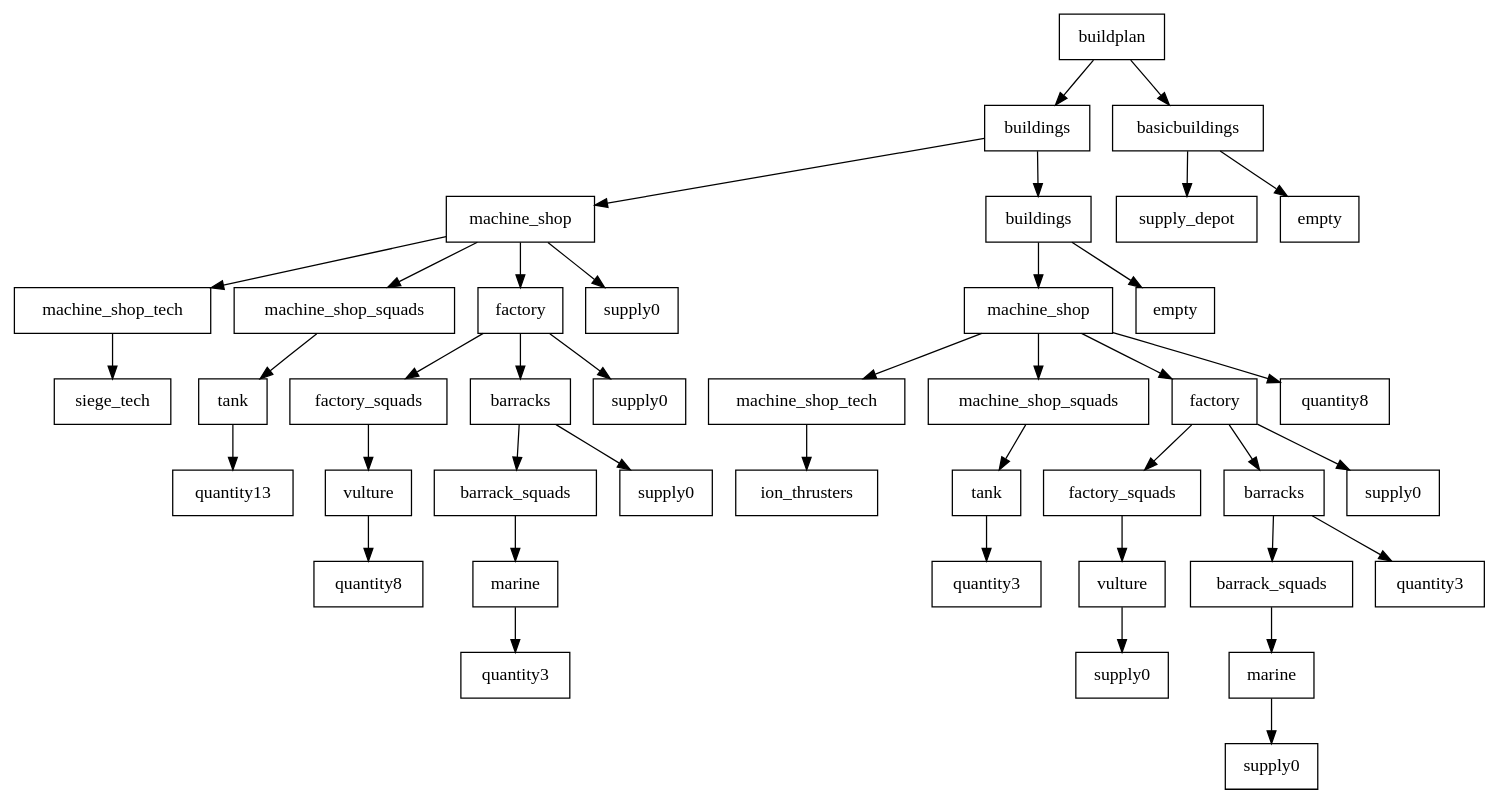
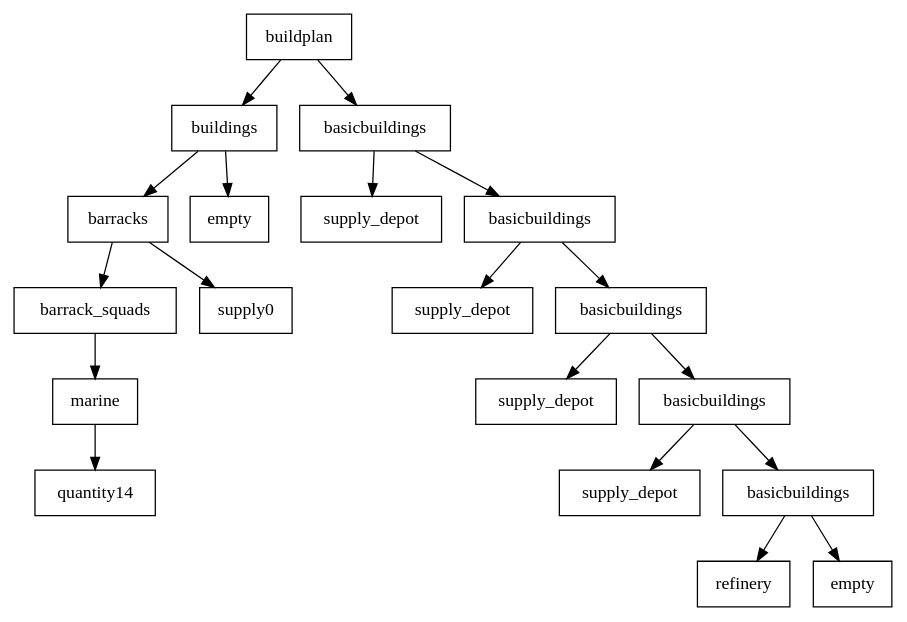
One commit to cryogenic-dreams/StarCraft-GPBot changed the diagram in GPBot/file.dot. Above: the diagram before and after it, drawn with Graphviz. The commit also changed 7 other files, not shown here.

```diff
--- a/GPBot/file.dot
+++ b/GPBot/file.dot
@@ -1,85 +1,41 @@
 digraph g {
 graph [ordering=out];
 node [shape=rectangle];
 n[label = "buildplan"];
 n0[label = "buildings"];
-n00[label = "machine_shop"];
-n000[label = "machine_shop_tech"];
-n0000[label = "siege_tech"];
+n00[label = "barracks"];
+n000[label = "barrack_squads"];
+n0000[label = "marine"];
+n00000[label = "quantity14"];
+n0000 -> n00000;
 n000 -> n0000;
 n00 -> n000;
-n001[label = "machine_shop_squads"];
-n0010[label = "tank"];
-n00100[label = "quantity13"];
-n0010 -> n00100;
-n001 -> n0010;
+n001[label = "supply0"];
 n00 -> n001;
-n002[label = "factory"];
-n0020[label = "factory_squads"];
-n00200[label = "vulture"];
-n002000[label = "quantity8"];
-n00200 -> n002000;
-n0020 -> n00200;
-n002 -> n0020;
-n0021[label = "barracks"];
-n00210[label = "barrack_squads"];
-n002100[label = "marine"];
-n0021000[label = "quantity3"];
-n002100 -> n0021000;
-n00210 -> n002100;
-n0021 -> n00210;
-n00211[label = "supply0"];
-n0021 -> n00211;
-n002 -> n0021;
-n0022[label = "supply0"];
-n002 -> n0022;
-n00 -> n002;
-n003[label = "supply0"];
-n00 -> n003;
 n0 -> n00;
-n01[label = "buildings"];
-n010[label = "machine_shop"];
-n0100[label = "machine_shop_tech"];
-n01000[label = "ion_thrusters"];
-n0100 -> n01000;
-n010 -> n0100;
-n0101[label = "machine_shop_squads"];
-n01010[label = "tank"];
-n010100[label = "quantity3"];
-n01010 -> n010100;
-n0101 -> n01010;
-n010 -> n0101;
-n0102[label = "factory"];
-n01020[label = "factory_squads"];
-n010200[label = "vulture"];
-n0102000[label = "supply0"];
-n010200 -> n0102000;
-n01020 -> n010200;
-n0102 -> n01020;
-n01021[label = "barracks"];
-n010210[label = "barrack_squads"];
-n0102100[label = "marine"];
-n01021000[label = "supply0"];
-n0102100 -> n01021000;
-n010210 -> n0102100;
-n01021 -> n010210;
-n010211[label = "quantity3"];
-n01021 -> n010211;
-n0102 -> n01021;
-n01022[label = "supply0"];
-n0102 -> n01022;
-n010 -> n0102;
-n0103[label = "quantity8"];
-n010 -> n0103;
-n01 -> n010;
-n011[label = "empty"];
-n01 -> n011;
+n01[label = "empty"];
 n0 -> n01;
 n -> n0;
 n1[label = "basicbuildings"];
 n10[label = "supply_depot"];
 n1 -> n10;
-n11[label = "empty"];
+n11[label = "basicbuildings"];
+n110[label = "supply_depot"];
+n11 -> n110;
+n111[label = "basicbuildings"];
+n1110[label = "supply_depot"];
+n111 -> n1110;
+n1111[label = "basicbuildings"];
+n11110[label = "supply_depot"];
+n1111 -> n11110;
+n11111[label = "basicbuildings"];
+n111110[label = "refinery"];
+n11111 -> n111110;
+n111111[label = "empty"];
+n11111 -> n111111;
+n1111 -> n11111;
+n111 -> n1111;
+n11 -> n111;
 n1 -> n11;
 n -> n1;
 }
```
